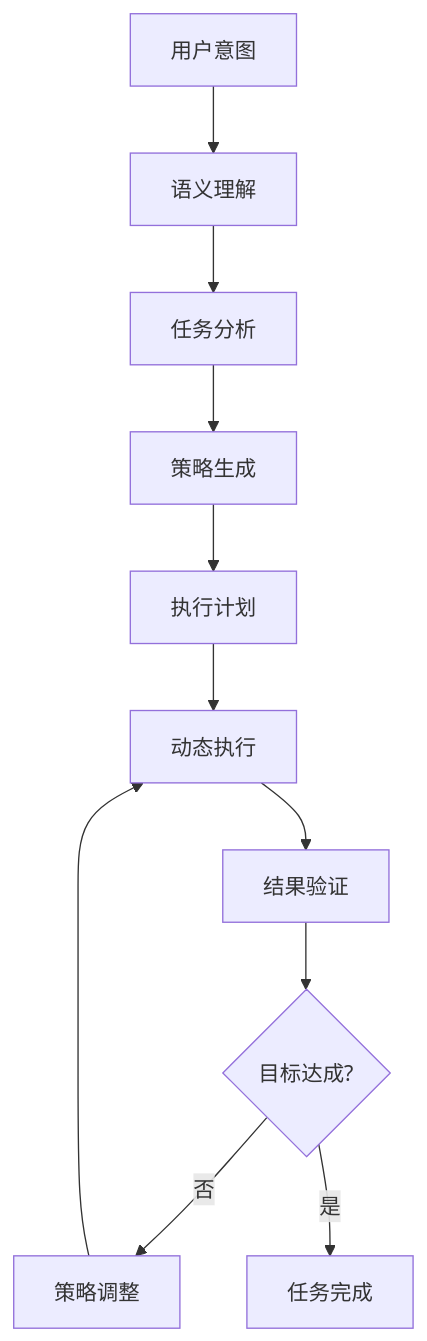
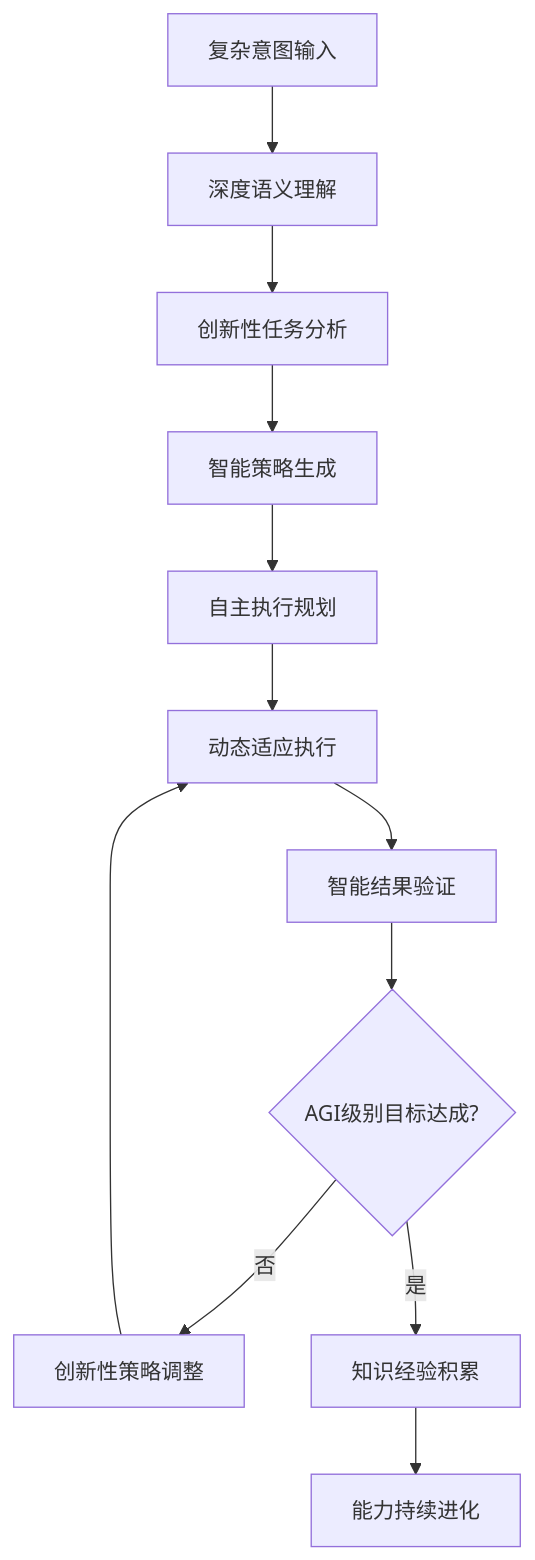
One commit to youyoude/agi-app-dev-guide-book changed the fourth of 14 diagrams in 前言部分/从多智能体到AGI应用概念探索.md. Above: the diagram before and after it, drawn with Mermaid. The commit also changed other lines of this file, not shown here.

````diff
--- a/前言部分/从多智能体到AGI应用概念探索.md
+++ b/前言部分/从多智能体到AGI应用概念探索.md
@@ -288,13 +256,14 @@
 ```mermaid
 graph TB
-    A[用户意图] --> B[语义理解]
-    B --> C[任务分析]
-    C --> D[策略生成]
-    D --> E[执行计划]
-    E --> F[动态执行]
-    F --> G[结果验证]
-    G --> H{目标达成?}
-    H -->|否| I[策略调整]
+    A[复杂意图输入] --> B[深度语义理解]
+    B --> C[创新性任务分析]
+    C --> D[智能策略生成]
+    D --> E[自主执行规划]
+    E --> F[动态适应执行]
+    F --> G[智能结果验证]
+    G --> H{AGI级别目标达成?}
+    H -->|否| I[创新性策略调整]
     I --> F
-    H -->|是| J[任务完成]
+    H -->|是| J[知识经验积累]
+    J --> K[能力持续进化]
 ```
````
